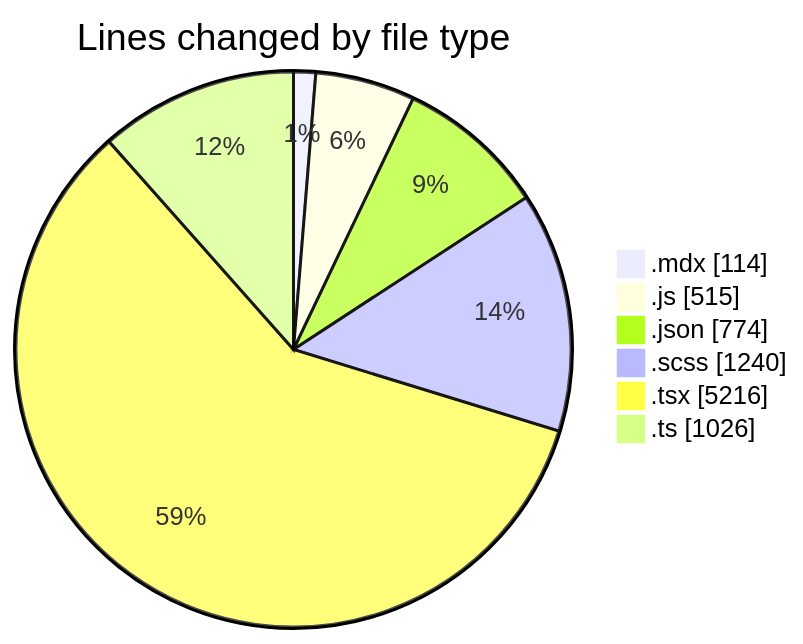
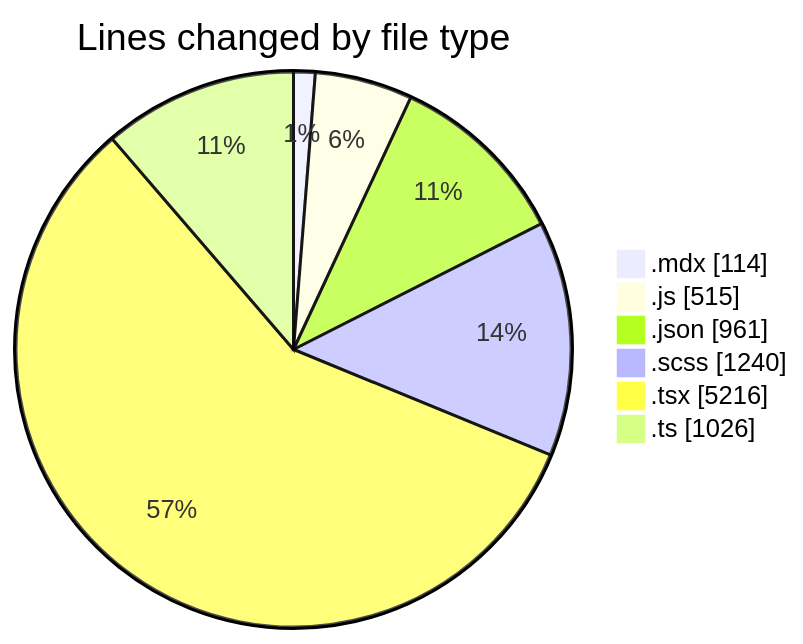
One commit to momahboobian/code-tracking changed the first of 2 diagrams in 2026-08-13/cda/README.md. Above: the diagram before and after it, drawn with Mermaid. The commit also changed other lines of this file and 1 other file, not shown here.

````diff
--- a/2026-08-13/cda/README.md
+++ b/2026-08-13/cda/README.md
@@ -46,10 +46,10 @@
 ```mermaid
 pie showData
 title Lines changed by file type
 ".mdx" : 114
 ".js" : 515
-".json" : 774
+".json" : 961
 ".scss" : 1240
 ".tsx" : 5216
 ".ts" : 1026
 ```
````
